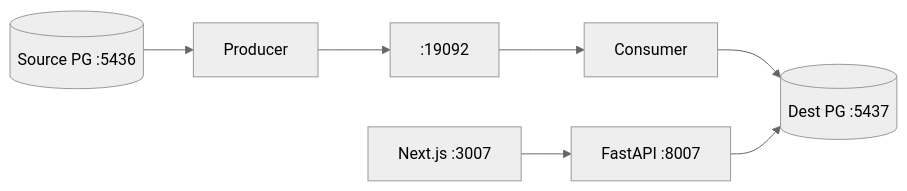
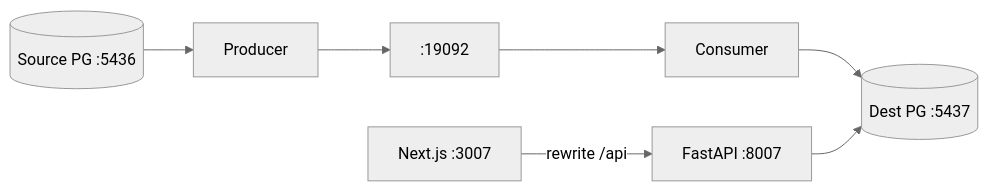
One commit to bhavinsurge/cdc-sync-platform changed the diagram in README.md. Above: the diagram before and after it, drawn with Mermaid (neutral theme). The commit also changed other lines of this file and 83 other files, not shown here.

````diff
--- a/README.md
+++ b/README.md
@@ -33,9 +23,9 @@
 ```mermaid
 flowchart LR
   Src[(Source PG :5436)] --> Producer
   Producer --> Kafka[:19092]
   Kafka --> Consumer
   Consumer --> Dest[(Dest PG :5437)]
-  UI[Next.js :3007] --> API[FastAPI :8007]
+  UI[Next.js :3007] -->|rewrite /api| API[FastAPI :8007]
   API --> Dest
 ```
````
